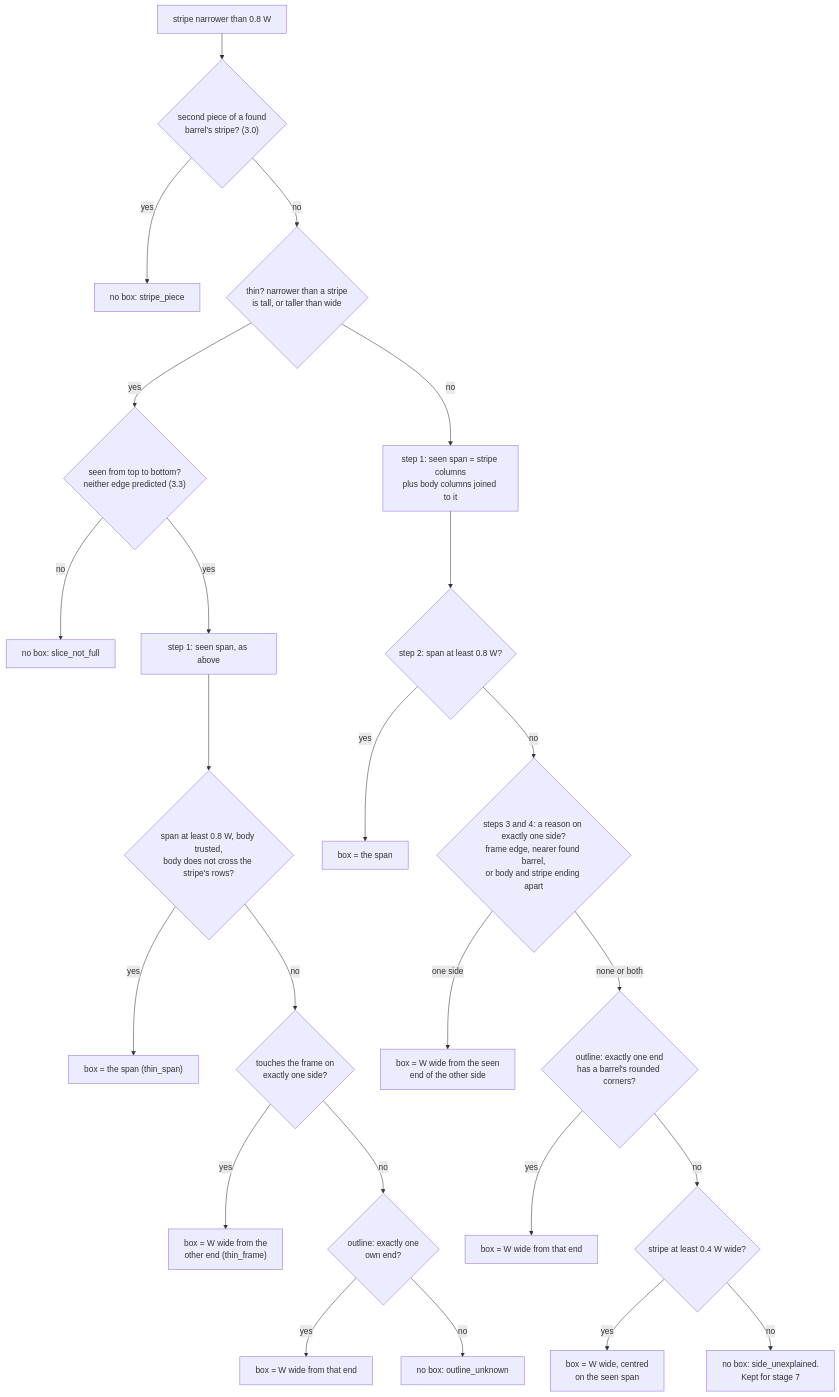
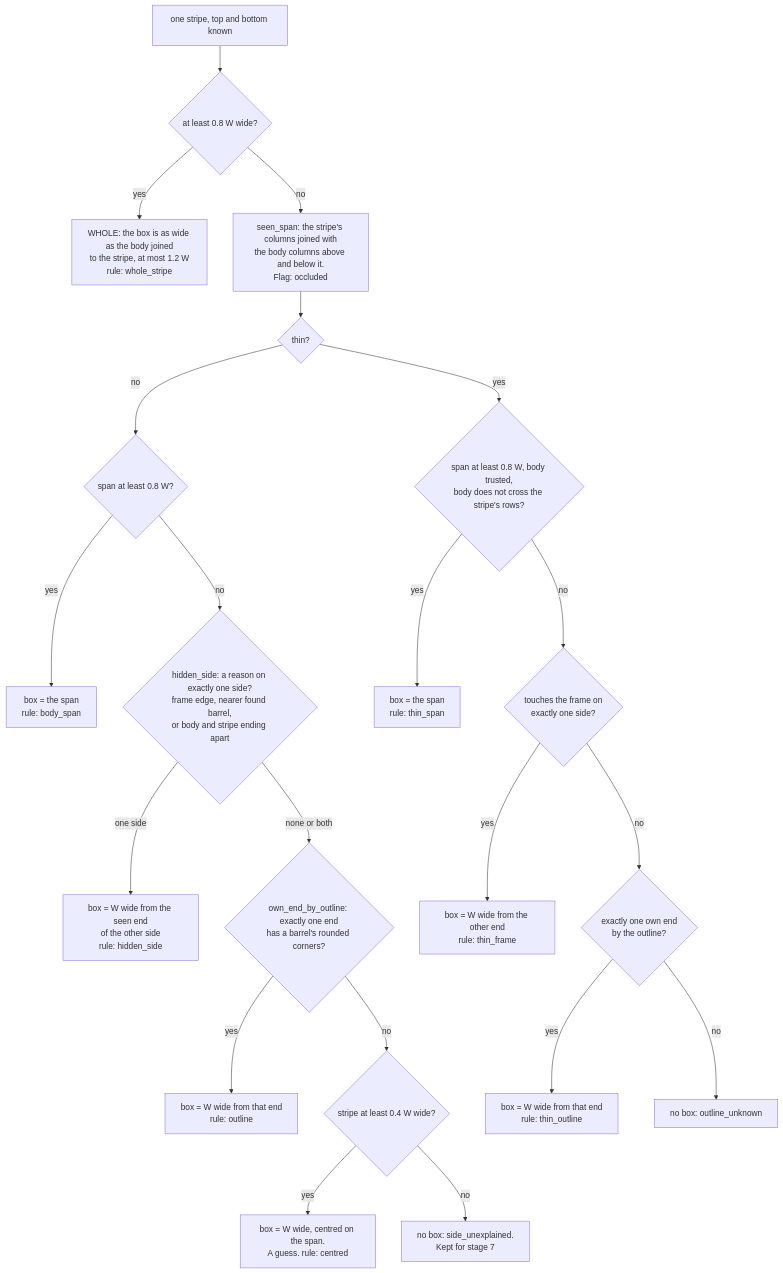
The second of 2 diagrams in barrels/docs/DETECTOR-MAP.md (Tanush-A/vex-aim-tools-barrels), drawn with Mermaid before and after one commit. The commit also changed other lines of this file and 7 other files, not shown here.

````diff
--- a/barrels/docs/DETECTOR-MAP.md
+++ b/barrels/docs/DETECTOR-MAP.md
@@ -246,26 +163,23 @@
 ```mermaid
 flowchart TD
-    A["stripe narrower than 0.8 W"] --> P{"second piece of a found<br/>barrel's stripe? (3.0)"}
-    P -- yes --> N0["no box: stripe_piece"]
-    P -- no --> T{"thin? narrower than a stripe<br/>is tall, or taller than wide"}
-    T -- yes --> FS{"seen from top to bottom?<br/>neither edge predicted (3.3)"}
-    FS -- no --> N1["no box: slice_not_full"]
-    FS -- yes --> SPT
-    T -- no --> SP
-    SP["step 1: seen span = stripe columns<br/>plus body columns joined to it"] --> W8{"step 2: span at least 0.8 W?"}
-    W8 -- yes --> B1["box = the span"]
-    W8 -- no --> R{"steps 3 and 4: a reason on exactly one side?<br/>frame edge, nearer found barrel,<br/>or body and stripe ending apart"}
-    R -- "one side" --> B2["box = W wide from the seen<br/>end of the other side"]
-    R -- "none or both" --> O{"outline: exactly one end<br/>has a barrel's rounded corners?"}
-    O -- yes --> B3["box = W wide from that end"]
+    A["one stripe, top and bottom known"] --> W{"at least 0.8 W wide?"}
+    W -- yes --> WB["WHOLE: the box is as wide as the body joined<br/>to the stripe, at most 1.2 W<br/>rule: whole_stripe"]
+    W -- no --> SP["seen_span: the stripe's columns joined with<br/>the body columns above and below it.<br/>Flag: occluded"]
+    SP --> T{"thin?"}
+    T -- no --> W8{"span at least 0.8 W?"}
+    W8 -- yes --> B1["box = the span<br/>rule: body_span"]
+    W8 -- no --> R{"hidden_side: a reason on exactly one side?<br/>frame edge, nearer found barrel,<br/>or body and stripe ending apart"}
+    R -- "one side" --> B2["box = W wide from the seen end<br/>of the other side<br/>rule: hidden_side"]
+    R -- "none or both" --> O{"own_end_by_outline: exactly one end<br/>has a barrel's rounded corners?"}
+    O -- yes --> B3["box = W wide from that end<br/>rule: outline"]
     O -- no --> C{"stripe at least 0.4 W wide?"}
-    C -- yes --> B4["box = W wide, centred<br/>on the seen span"]
+    C -- yes --> B4["box = W wide, centred on the span.<br/>A guess. rule: centred"]
     C -- no --> N2["no box: side_unexplained.<br/>Kept for stage 7"]
-    SPT["step 1: seen span, as above"] --> TS{"span at least 0.8 W, body trusted,<br/>body does not cross the stripe's rows?"}
-    TS -- yes --> B5["box = the span (thin_span)"]
+    T -- yes --> TS{"span at least 0.8 W, body trusted,<br/>body does not cross the stripe's rows?"}
+    TS -- yes --> B5["box = the span<br/>rule: thin_span"]
     TS -- no --> TF{"touches the frame on<br/>exactly one side?"}
-    TF -- yes --> B6["box = W wide from the<br/>other end (thin_frame)"]
-    TF -- no --> TO{"outline: exactly one<br/>own end?"}
-    TO -- yes --> B7["box = W wide from that end"]
+    TF -- yes --> B6["box = W wide from the other end<br/>rule: thin_frame"]
+    TF -- no --> TO{"exactly one own end<br/>by the outline?"}
+    TO -- yes --> B7["box = W wide from that end<br/>rule: thin_outline"]
     TO -- no --> N3["no box: outline_unknown"]
 ```
````
